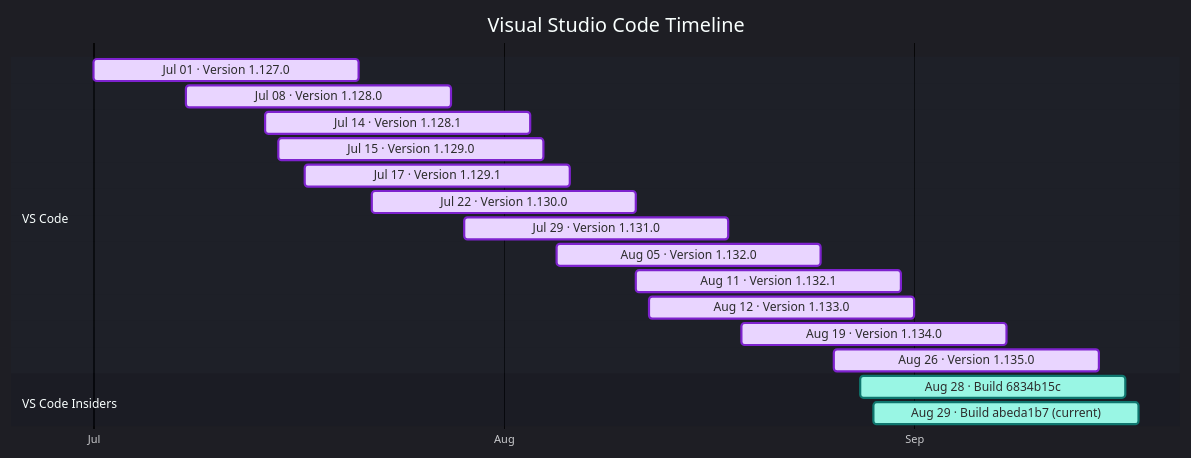
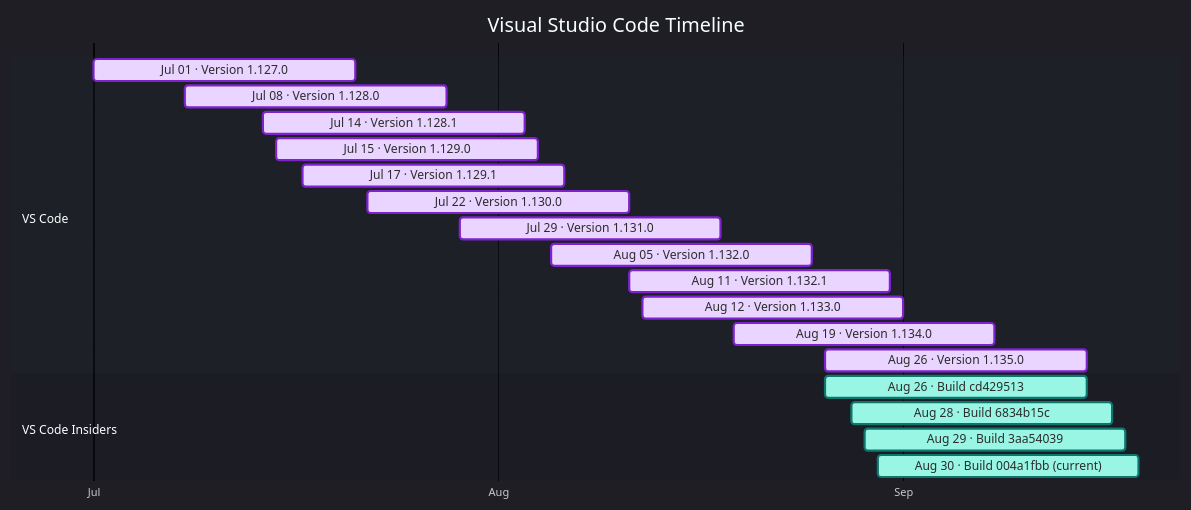
The diagram in docs/vscode.md (Oxelya-DevTools/VisualStudioUpdate), drawn with Mermaid before and after one commit. The commit also changed other lines of this file and 1 other file, not shown here.

Commit message:
Update generated release feeds

````diff
--- a/docs/vscode.md
+++ b/docs/vscode.md
@@ -9,24 +9,26 @@
 ```mermaid
 %%{init: {'theme':'dark','themeVariables': { 'fontFamily': 'Segoe UI', 'fontSize': '24px', 'textColor': '#F3F4F6', 'titleTextColor': '#FFFFFF', 'taskTextColor': '#111827', 'taskTextLightColor': '#111827', 'taskTextOutsideColor': '#F3F4F6', 'taskBkgColor': '#BAE6FD', 'taskBorderColor': '#0369A1', 'doneTaskBkgColor': '#E9D5FF', 'doneTaskBorderColor': '#7E22CE', 'activeTaskBkgColor': '#99F6E4', 'activeTaskBorderColor': '#0F766E', 'critTaskBkgColor': '#FED7AA', 'critTaskBorderColor': '#C2410C', 'sectionBkgColor': '#1F2937', 'altSectionBkgColor': '#111827', 'gridColor': '#4B5563', 'todayLineColor': '#F87171' }}}%%
 gantt
     title Visual Studio Code Timeline
     dateFormat  YYYY-MM-DD
     axisFormat  %b
     tickInterval 1month
     section VS Code
     Jul 01 · Version 1.127.0 : done, vscode202607010, 2026-07-01, 20d
     Jul 08 · Version 1.128.0 : done, vscode202607081, 2026-07-08, 20d
     Jul 14 · Version 1.128.1 : done, vscode202607142, 2026-07-14, 20d
     Jul 15 · Version 1.129.0 : done, vscode202607153, 2026-07-15, 20d
     Jul 17 · Version 1.129.1 : done, vscode202607174, 2026-07-17, 20d
     Jul 22 · Version 1.130.0 : done, vscode202607225, 2026-07-22, 20d
     Jul 29 · Version 1.131.0 : done, vscode202607296, 2026-07-29, 20d
     Aug 05 · Version 1.132.0 : done, vscode202608057, 2026-08-05, 20d
     Aug 11 · Version 1.132.1 : done, vscode202608118, 2026-08-11, 20d
     Aug 12 · Version 1.133.0 : done, vscode202608129, 2026-08-12, 20d
     Aug 19 · Version 1.134.0 : done, vscode2026081910, 2026-08-19, 20d
     Aug 26 · Version 1.135.0 : done, vscode2026082611, 2026-08-26, 20d
     section VS Code Insiders
-    Aug 28 · Build 6834b15c : active, vscodeinsiders202608280, 2026-08-28, 20d
-    Aug 29 · Build abeda1b7 (current) : active, vscodeinsiders202608291, 2026-08-29, 20d
+    Aug 26 · Build cd429513 : active, vscodeinsiders202608260, 2026-08-26, 20d
+    Aug 28 · Build 6834b15c : active, vscodeinsiders202608281, 2026-08-28, 20d
+    Aug 29 · Build 3aa54039 : active, vscodeinsiders202608292, 2026-08-29, 20d
+    Aug 30 · Build 004a1fbb (current) : active, vscodeinsiders202608303, 2026-08-30, 20d
 ```
````
